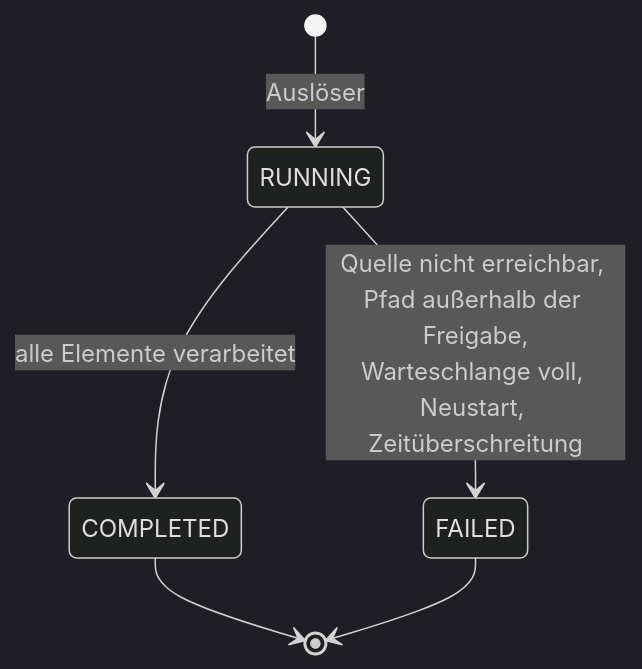
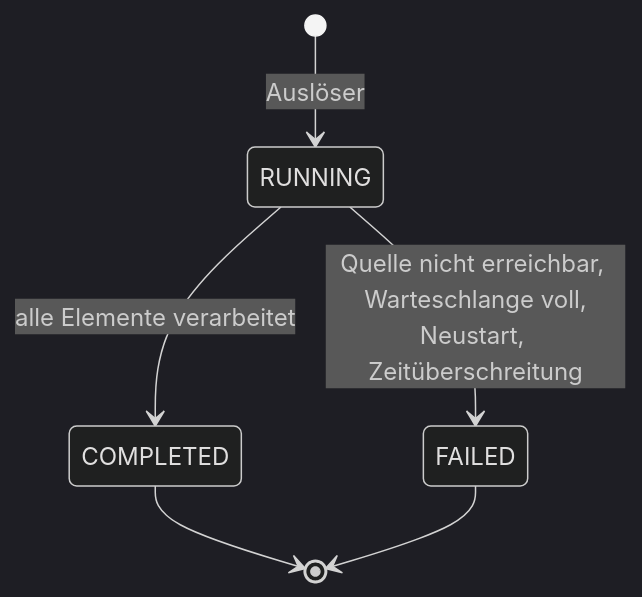
Before and after one commit to criew/opaa: the third of 6 diagrams in docs/handbuch/indexierung.md, drawn with Mermaid (dark theme). The commit also changed other lines of this file and 21 other files, not shown here.

````diff
--- a/docs/handbuch/indexierung.md
+++ b/docs/handbuch/indexierung.md
@@ -259,8 +234,8 @@
 ```mermaid
 stateDiagram-v2
     [*] --> RUNNING: Auslöser
     RUNNING --> COMPLETED: alle Elemente verarbeitet
-    RUNNING --> FAILED: Quelle nicht erreichbar, Pfad außerhalb der Freigabe,<br/>Warteschlange voll, Neustart, Zeitüberschreitung
+    RUNNING --> FAILED: Quelle nicht erreichbar, Warteschlange voll,<br/>Neustart, Zeitüberschreitung
     COMPLETED --> [*]
     FAILED --> [*]
 ```
````
